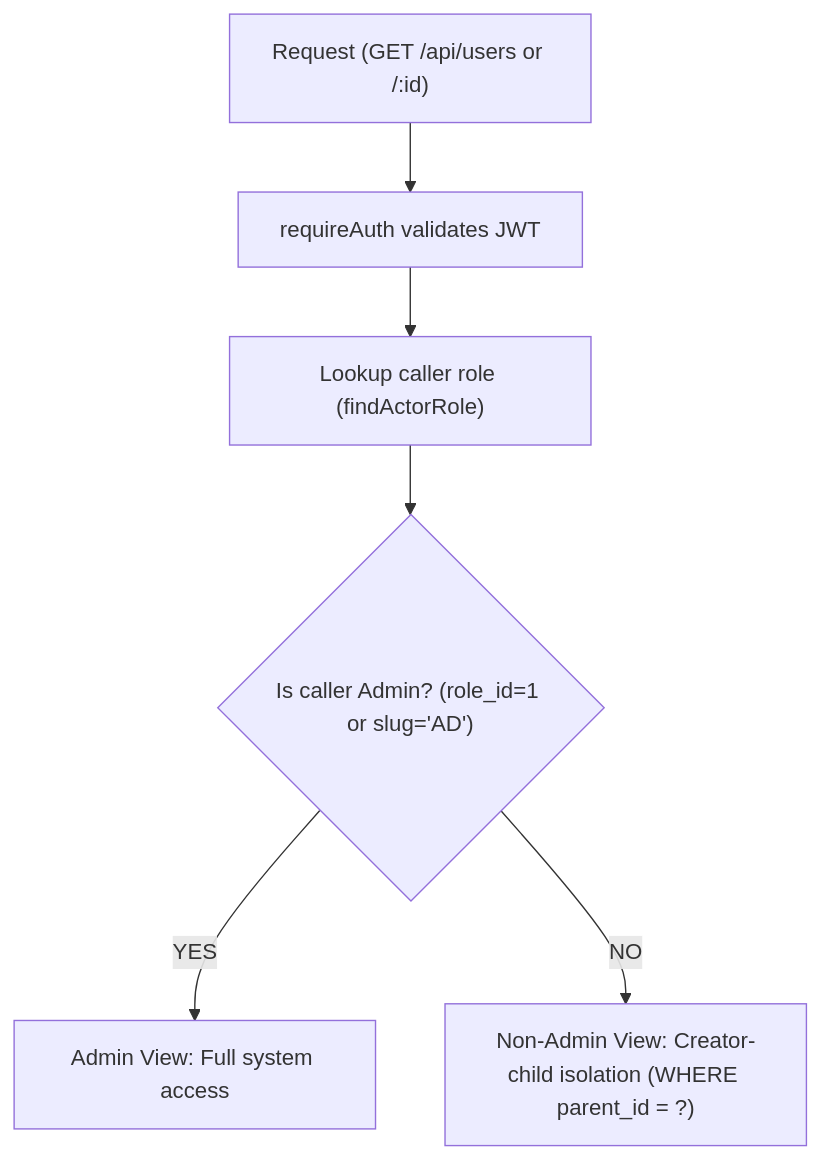
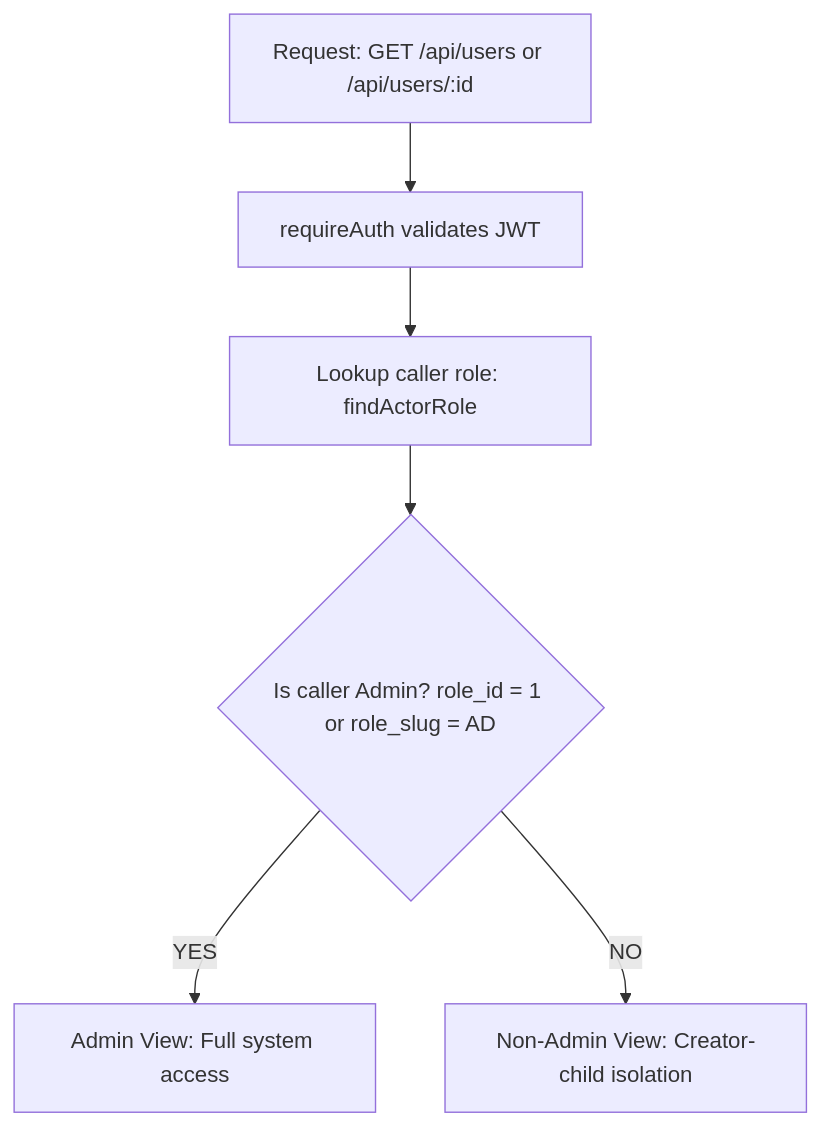
Before and after one commit to AquaPay-Team/AQUAPAY: the diagram in src/modules/users/get-user/README.md, drawn with Mermaid. The commit also changed other lines of this file and 6 other files, not shown here.

````diff
--- a/src/modules/users/get-user/README.md
+++ b/src/modules/users/get-user/README.md
@@ -20,8 +20,8 @@
 ```mermaid
 flowchart TD
-    Req["Request (GET /api/users or /:id)"] --> Auth["requireAuth validates JWT"]
-    Auth --> ActorRole["Lookup caller role (findActorRole)"]
-    ActorRole --> IsAdmin{"Is caller Admin? (role_id=1 or slug='AD')"}
+    Req["Request: GET /api/users or /api/users/:id"] --> Auth["requireAuth validates JWT"]
+    Auth --> ActorRole["Lookup caller role: findActorRole"]
+    ActorRole --> IsAdmin{"Is caller Admin? role_id = 1 or role_slug = AD"}
     IsAdmin -- YES --> AdminView["Admin View: Full system access"]
-    IsAdmin -- NO --> ChildView["Non-Admin View: Creator-child isolation (WHERE parent_id = ?)"]
+    IsAdmin -- NO --> ChildView["Non-Admin View: Creator-child isolation"]
 ```
````
